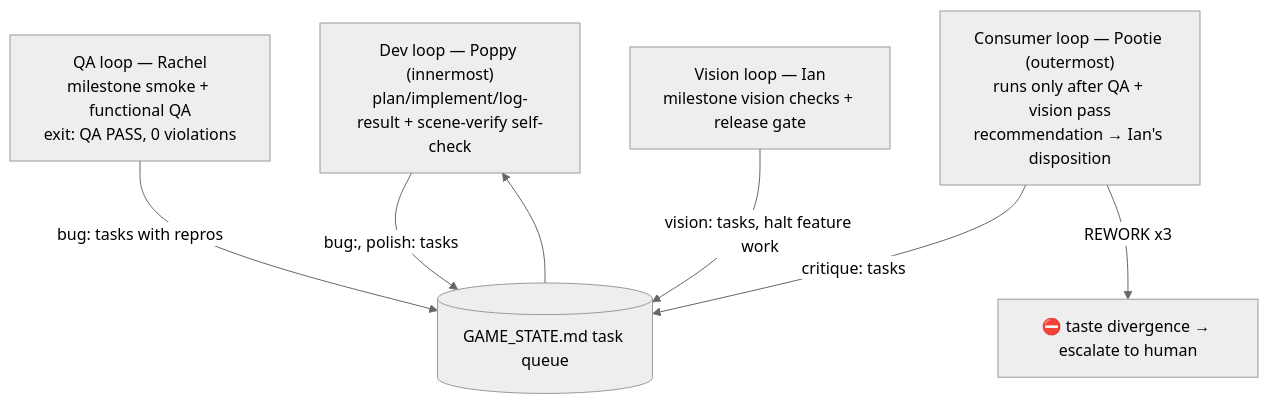
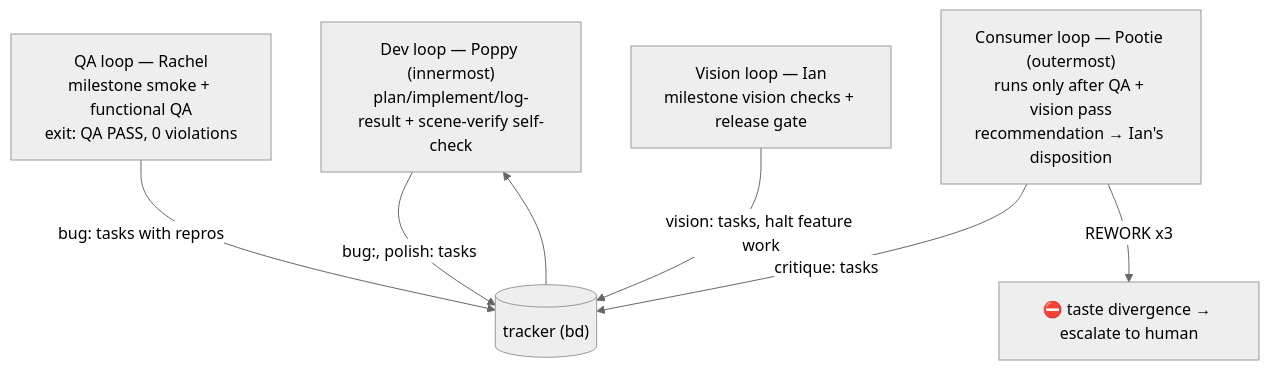
Before and after one commit to mcanevet/MythicQuest: the diagram in agents/build.md, drawn with Mermaid (neutral theme). The commit also changed other lines of this file and 17 other files, not shown here.

````diff
--- a/agents/build.md
+++ b/agents/build.md
@@ -71,13 +84,13 @@
 ```mermaid
 flowchart TB
     Dev["Dev loop — Poppy (innermost)<br/>plan/implement/log-result + scene-verify self-check"]
-    Dev -->|"bug:, polish: tasks"| Queue[("GAME_STATE.md task queue")]
+    Dev -->|"bug:, polish: tasks"| Queue[("tracker (bd)")]
     QA["QA loop — Rachel<br/>milestone smoke + functional QA<br/>exit: QA PASS, 0 violations"]
     QA -->|"bug: tasks with repros"| Queue
     Vision["Vision loop — Ian<br/>milestone vision checks + release gate"]
     Vision -->|"vision: tasks, halt feature work"| Queue
     Consumer["Consumer loop — Pootie (outermost)<br/>runs only after QA + vision pass<br/>recommendation → Ian's disposition"]
     Consumer -->|"critique: tasks"| Queue
     Consumer -->|"REWORK x3"| Human["⛔ taste divergence → escalate to human"]
     Queue --> Dev
 ```
````
